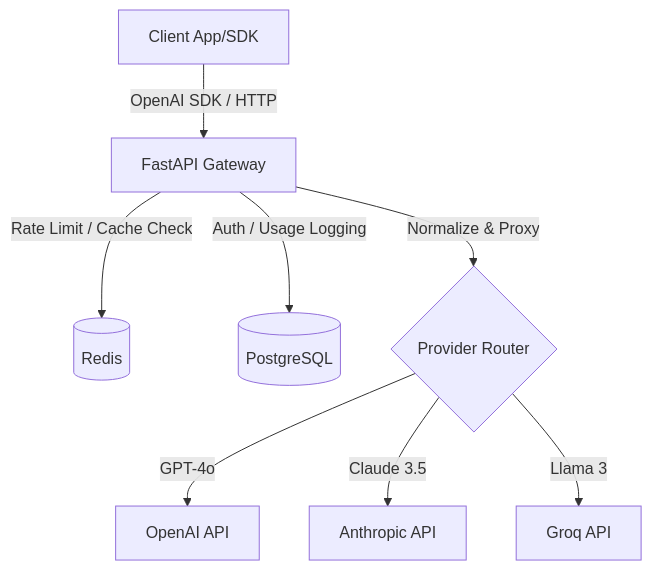
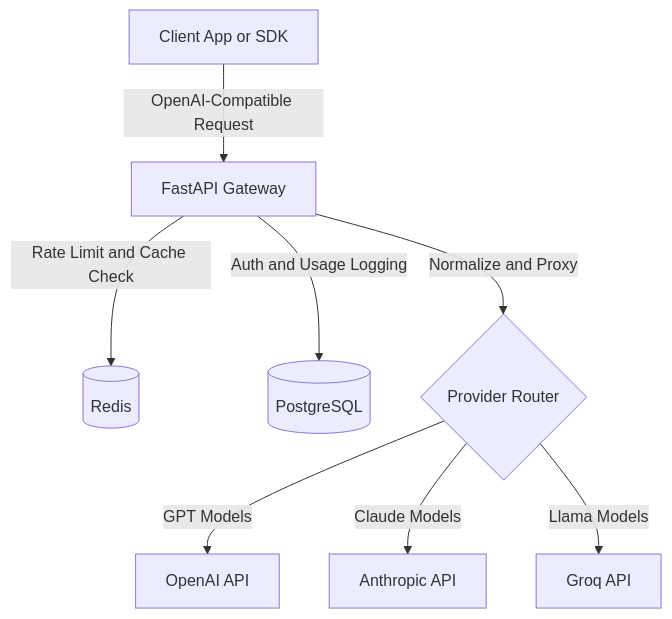
Before and after one commit to rahuljtom/llm-inference-gateway: the diagram in README.md, drawn with Mermaid. The commit also changed other lines of this file, not shown here.

Commit message:
docs: refine README architecture and project documentation

````diff
--- a/README.md
+++ b/README.md
@@ -23,13 +25,13 @@
 ```mermaid
 graph TD
-    Client[Client App/SDK] -->|OpenAI SDK / HTTP| Gateway[FastAPI Gateway]
-    
-    Gateway -->|Rate Limit / Cache Check| Redis[(Redis)]
-    Gateway -->|Auth / Usage Logging| Postgres[(PostgreSQL)]
-    
-    Gateway -->|Normalize & Proxy| Router{Provider Router}
-    
-    Router -->|GPT-4o| OpenAI[OpenAI API]
-    Router -->|Claude 3.5| Anthropic[Anthropic API]
-    Router -->|Llama 3| Groq[Groq API]
+    Client[Client App or SDK] -->|OpenAI-Compatible Request| Gateway[FastAPI Gateway]
+
+    Gateway -->|Rate Limit and Cache Check| Redis[(Redis)]
+    Gateway -->|Auth and Usage Logging| Postgres[(PostgreSQL)]
+
+    Gateway -->|Normalize and Proxy| Router{Provider Router}
+
+    Router -->|GPT Models| OpenAI[OpenAI API]
+    Router -->|Claude Models| Anthropic[Anthropic API]
+    Router -->|Llama Models| Groq[Groq API]
 ```
````
